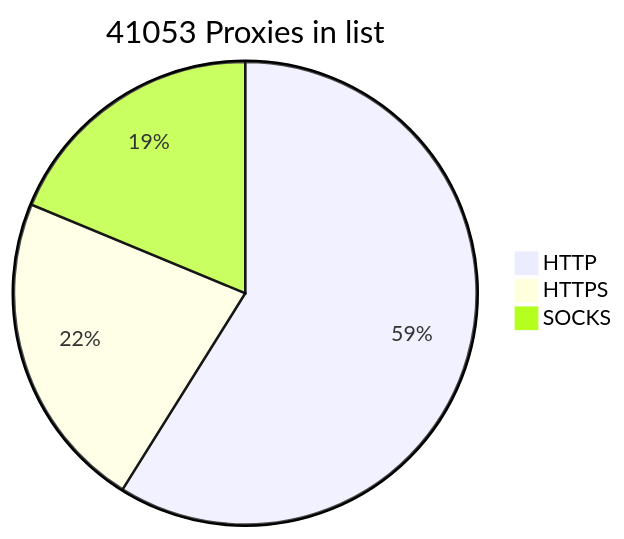
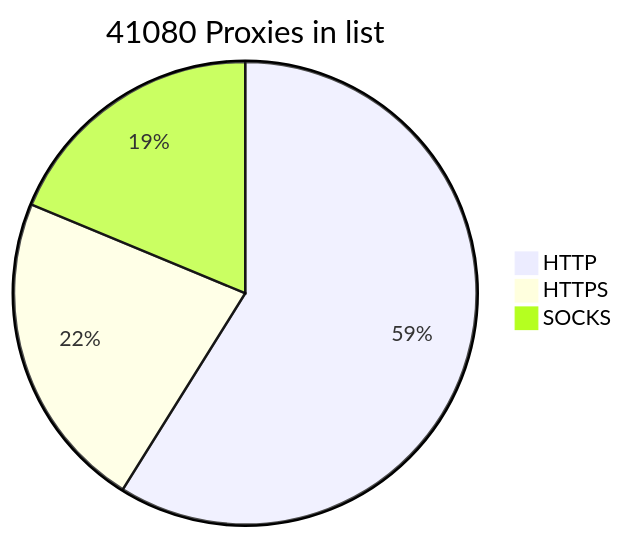
Before and after one commit to BlackSnowDot/proxylist-update-every-minute: the diagram in README.md, drawn with Mermaid.

````diff
--- a/README.md
+++ b/README.md
@@ -2,6 +2,6 @@
 ```mermaid
-pie title 41053 Proxies in list
-    "HTTP" : 28380
-    "HTTPS": 10773
-    "SOCKS" : 9033
+pie title 41080 Proxies in list
+    "HTTP" : 28393
+    "HTTPS": 10792
+    "SOCKS" : 9036
 ```
````
